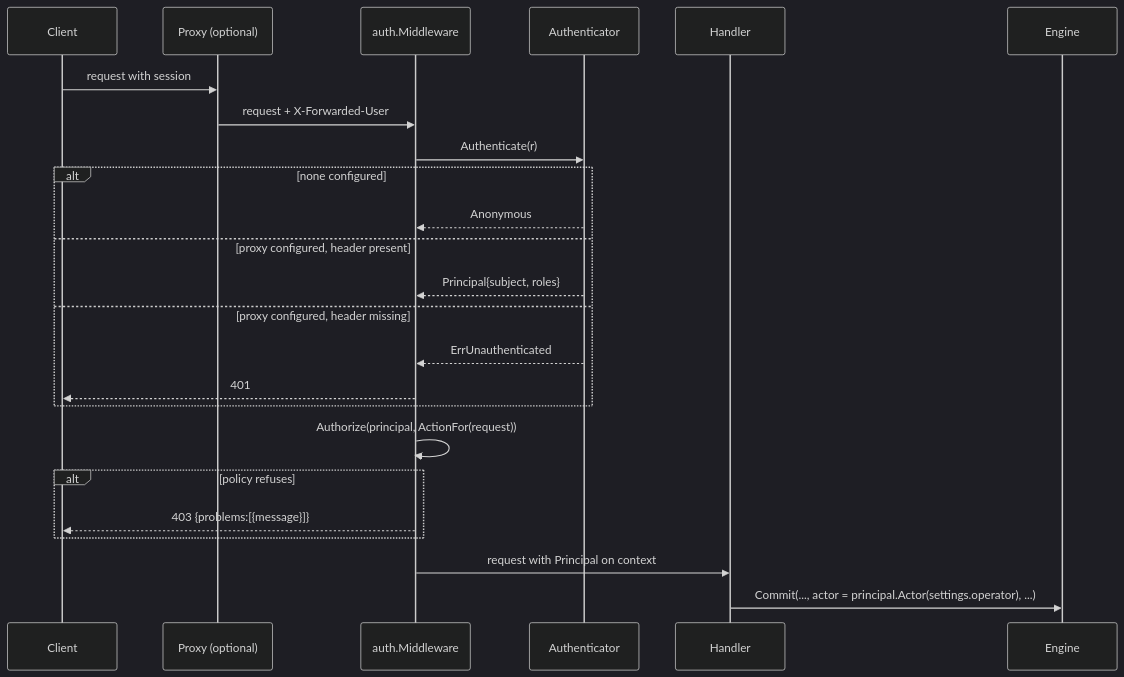
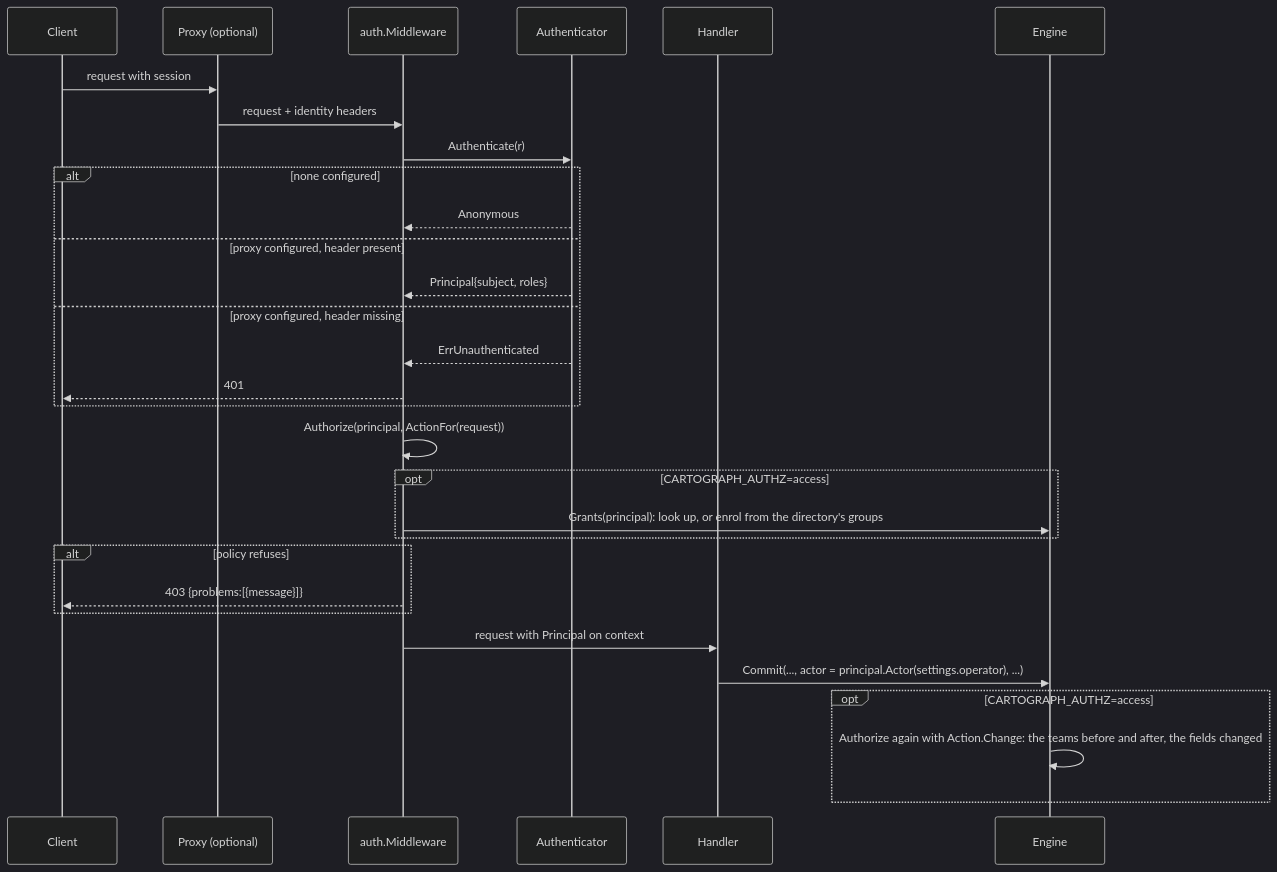
One commit to ProjectCartograph/cartograph-engine changed the eighth of 9 diagrams in docs/ARCHITECTURE.md. Above: the diagram before and after it, drawn with Mermaid (dark theme). The commit also changed other lines of this file and 8 other files, not shown here.

First line of the commit message:
docs: bring the architecture up to date with access by role and team

````diff
--- a/docs/ARCHITECTURE.md
+++ b/docs/ARCHITECTURE.md
@@ -600,27 +639,33 @@
 ```mermaid
 sequenceDiagram
     participant C as Client
     participant X as Proxy (optional)
     participant MW as auth.Middleware
     participant A as Authenticator
     participant H as Handler
     participant E as Engine
 
     C->>X: request with session
-    X->>MW: request + X-Forwarded-User
+    X->>MW: request + identity headers
     MW->>A: Authenticate(r)
     alt none configured
         A-->>MW: Anonymous
     else proxy configured, header present
         A-->>MW: Principal{subject, roles}
     else proxy configured, header missing
         A-->>MW: ErrUnauthenticated
         MW-->>C: 401
     end
     MW->>MW: Authorize(principal, ActionFor(request))
+    opt CARTOGRAPH_AUTHZ=access
+        MW->>E: Grants(principal): look up, or enrol from the directory's groups
+    end
     alt policy refuses
         MW-->>C: 403 {problems:[{message}]}
     end
     MW->>H: request with Principal on context
     H->>E: Commit(..., actor = principal.Actor(settings.operator), ...)
+    opt CARTOGRAPH_AUTHZ=access
+        E->>E: Authorize again with Action.Change: the teams before and after, the fields changed
+    end
 ```
````
